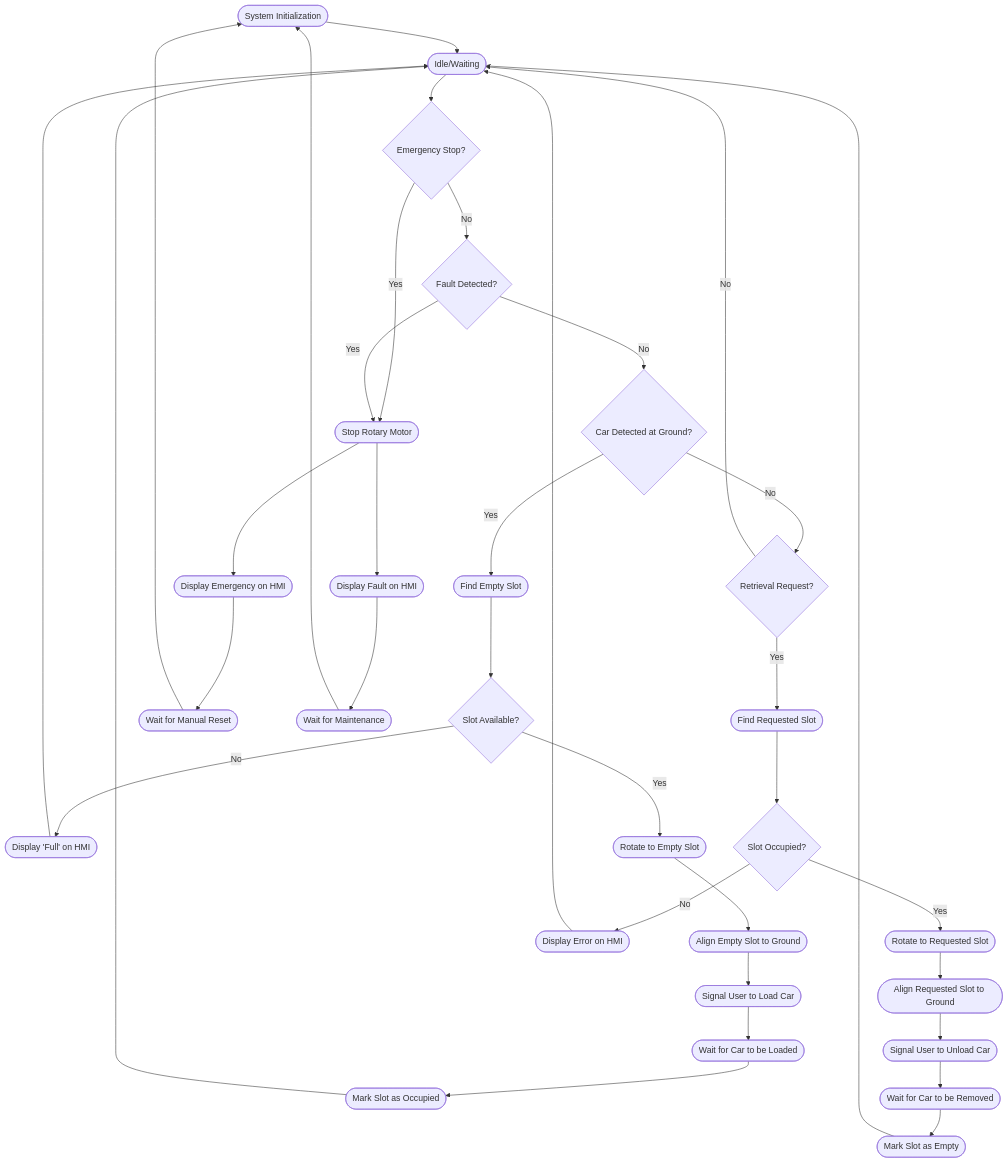
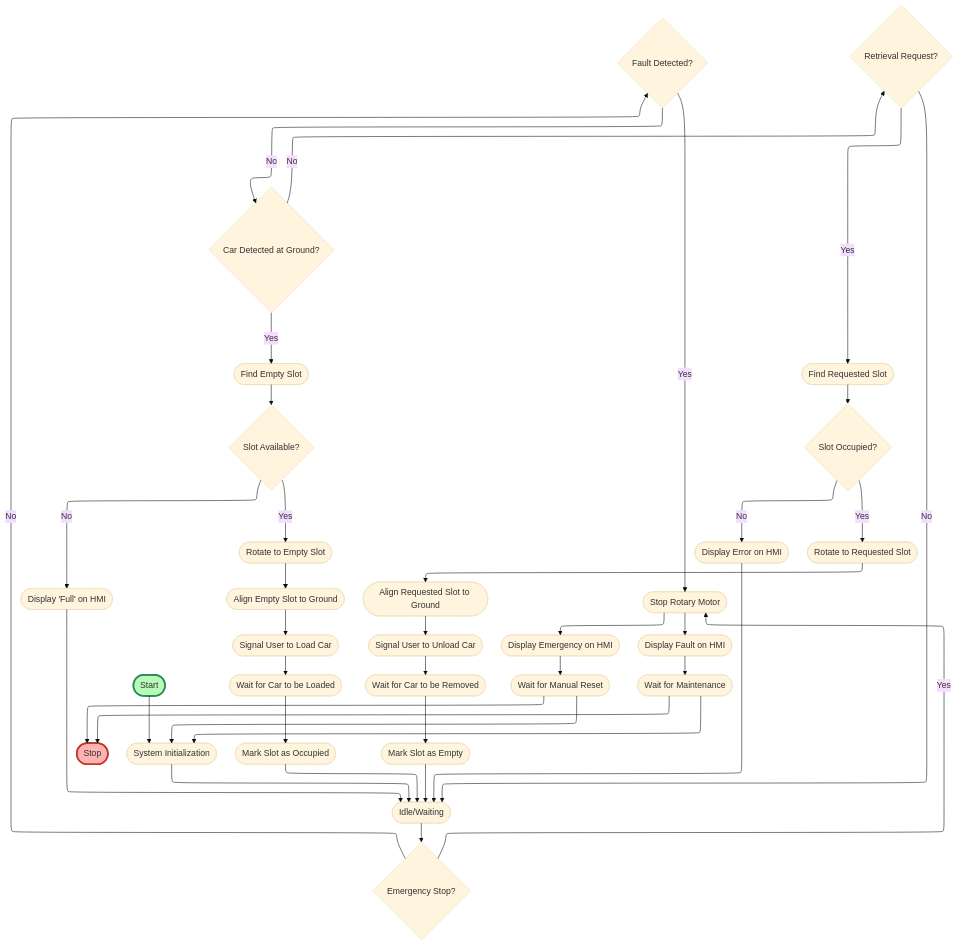
One commit to snackmasta/PARKING changed the fourth of 4 diagrams in docs/architecture.md. Above: the diagram before and after it, drawn with Mermaid.

Commit message:
Add START and STOP transitions to detailed control logic flowchart

````diff
--- a/docs/architecture.md
+++ b/docs/architecture.md
@@ -151,47 +151,56 @@
 ```mermaid
+%%{init: { 'layout': 'elk', 'theme': 'base' }}%%
 flowchart TD
+    START([Start])
+    STOP([Stop])
     INIT([System Initialization])
     IDLE([Idle/Waiting])
     EMGSTOP{Emergency Stop?}
     FAULT{Fault Detected?}
     CAR_DET{Car Detected at Ground?}
     RETR_REQ{Retrieval Request?}
     FIND_EMPTY([Find Empty Slot])
     SLOT_AVAIL{Slot Available?}
     DISP_FULL([Display 'Full' on HMI])
     ROTATE_EMPTY([Rotate to Empty Slot])
     ALIGN_EMPTY([Align Empty Slot to Ground])
     SIGNAL_LOAD([Signal User to Load Car])
     WAIT_LOAD([Wait for Car to be Loaded])
     MARK_OCC([Mark Slot as Occupied])
     FIND_SLOT([Find Requested Slot])
     SLOT_OCC{Slot Occupied?}
     DISP_ERR([Display Error on HMI])
     ROTATE_SLOT([Rotate to Requested Slot])
     ALIGN_SLOT([Align Requested Slot to Ground])
     SIGNAL_UNLOAD([Signal User to Unload Car])
     WAIT_UNLOAD([Wait for Car to be Removed])
     MARK_EMPTY([Mark Slot as Empty])
     STOP_MOTOR([Stop Rotary Motor])
     DISP_EMG([Display Emergency on HMI])
     WAIT_RESET([Wait for Manual Reset])
     DISP_FAULT([Display Fault on HMI])
     WAIT_MAINT([Wait for Maintenance])
 
+    START --> INIT
     INIT --> IDLE
     IDLE --> EMGSTOP
     EMGSTOP -- Yes --> STOP_MOTOR --> DISP_EMG --> WAIT_RESET --> INIT
     EMGSTOP -- No --> FAULT
     FAULT -- Yes --> STOP_MOTOR --> DISP_FAULT --> WAIT_MAINT --> INIT
     FAULT -- No --> CAR_DET
     CAR_DET -- Yes --> FIND_EMPTY
     CAR_DET -- No --> RETR_REQ
     FIND_EMPTY --> SLOT_AVAIL
     SLOT_AVAIL -- No --> DISP_FULL --> IDLE
     SLOT_AVAIL -- Yes --> ROTATE_EMPTY --> ALIGN_EMPTY --> SIGNAL_LOAD --> WAIT_LOAD --> MARK_OCC --> IDLE
     RETR_REQ -- Yes --> FIND_SLOT
     RETR_REQ -- No --> IDLE
     FIND_SLOT --> SLOT_OCC
     SLOT_OCC -- No --> DISP_ERR --> IDLE
     SLOT_OCC -- Yes --> ROTATE_SLOT --> ALIGN_SLOT --> SIGNAL_UNLOAD --> WAIT_UNLOAD --> MARK_EMPTY --> IDLE
+    %% Add STOP transition for system shutdown (e.g., after WAIT_MAINT or WAIT_RESET if desired)
+    WAIT_MAINT --> STOP
+    WAIT_RESET --> STOP
+    style START fill:#b6fcb6,stroke:#2e8b57,stroke-width:3px
+    style STOP fill:#ffb3b3,stroke:#c0392b,stroke-width:3px
 ```
````
